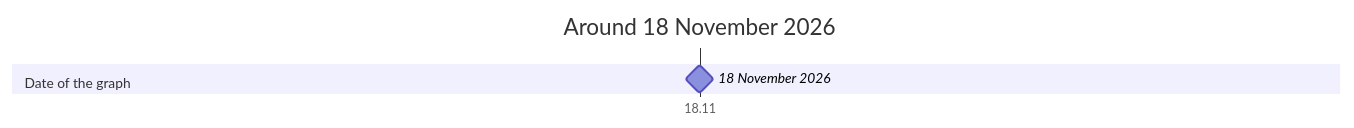
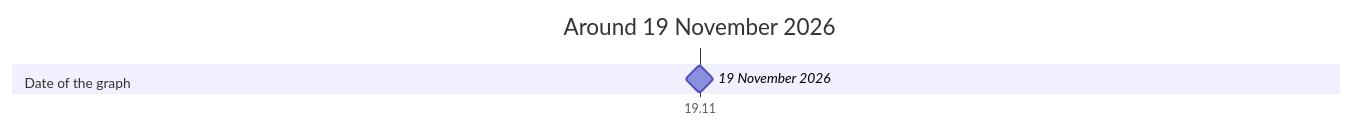
Before and after one commit to advancedcognitivesystems-ai/trame: the diagram in docs/timeline.md, drawn with Mermaid. The commit also changed other lines of this file and 77 other files, not shown here.

````diff
--- a/docs/timeline.md
+++ b/docs/timeline.md
@@ -5,8 +5,8 @@
 ```mermaid
 gantt
   dateFormat YYYY-MM-DD
   axisFormat %d.%m
-  title Around 18 November 2026
+  title Around 19 November 2026
   section Date of the graph
-    18 November 2026 : milestone, 2026-11-18, 0d
+    19 November 2026 : milestone, 2026-11-19, 0d
 ```
````
